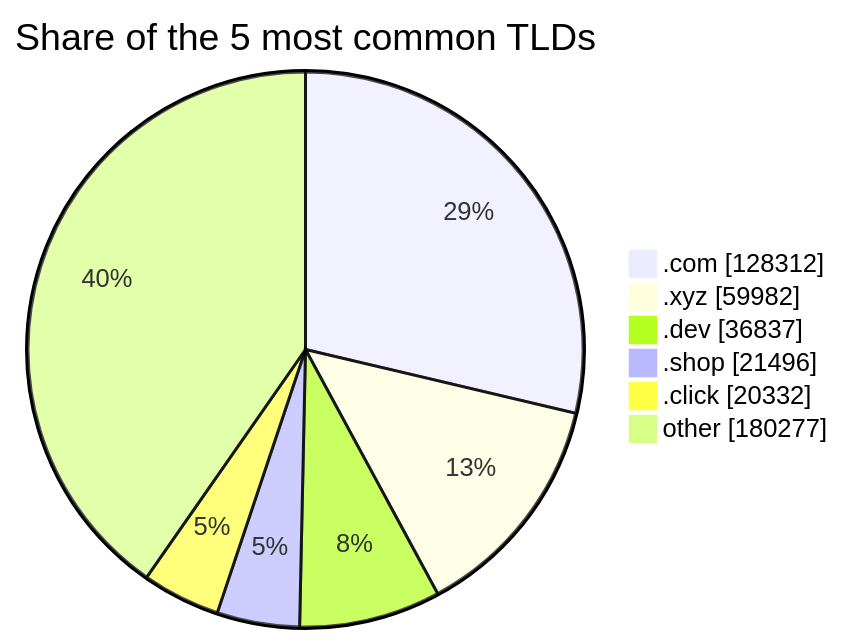
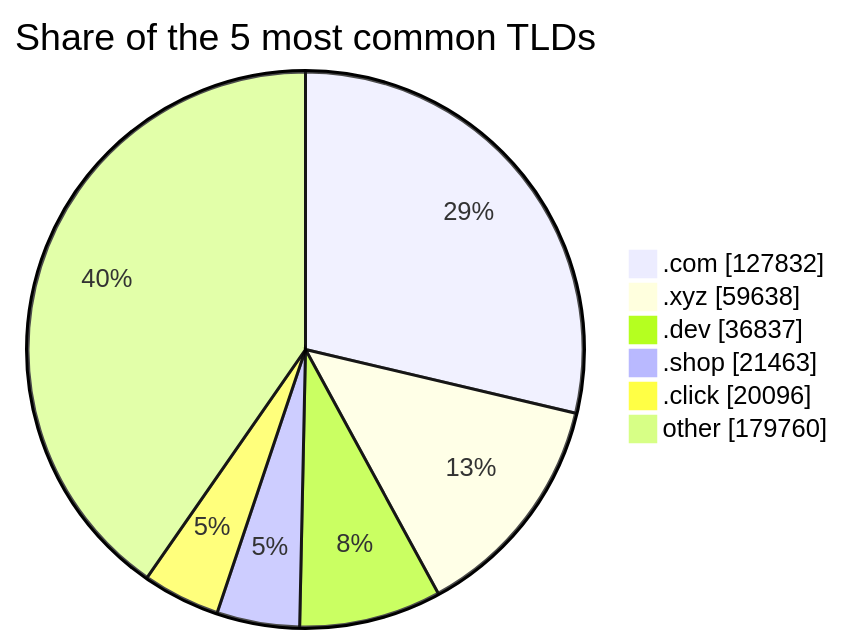
Before and after one commit to DNSBunker/CTI: the third of 3 diagrams in README.md, drawn with Mermaid. The commit also changed other lines of this file and 3 other files, not shown here.

````diff
--- a/README.md
+++ b/README.md
@@ -81,9 +81,9 @@
 ```mermaid
 pie showData title Share of the 5 most common TLDs
-    ".com" : 128312
-    ".xyz" : 59982
+    ".com" : 127832
+    ".xyz" : 59638
     ".dev" : 36837
-    ".shop" : 21496
-    ".click" : 20332
-    "other" : 180277
+    ".shop" : 21463
+    ".click" : 20096
+    "other" : 179760
 ```
````
